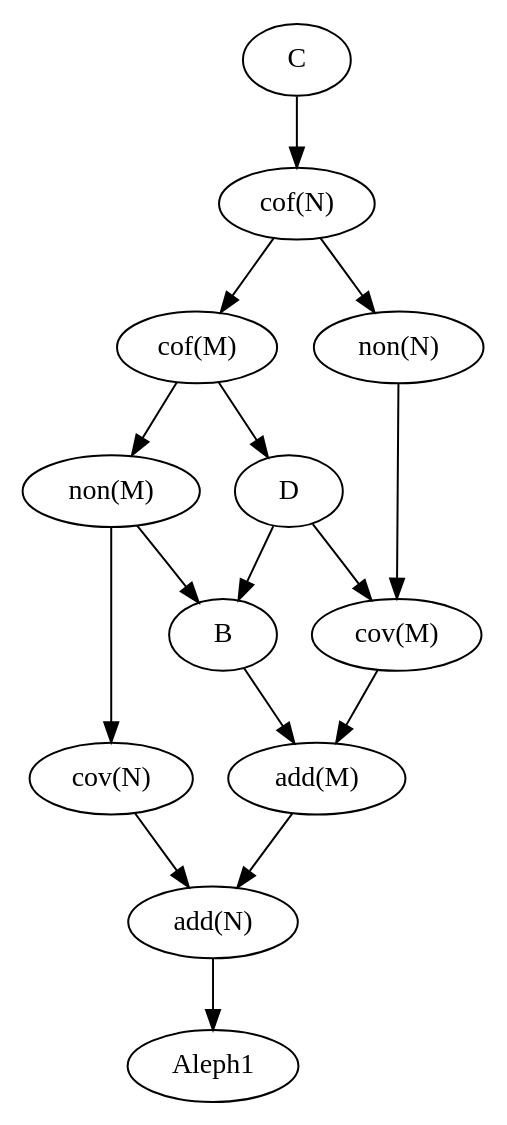
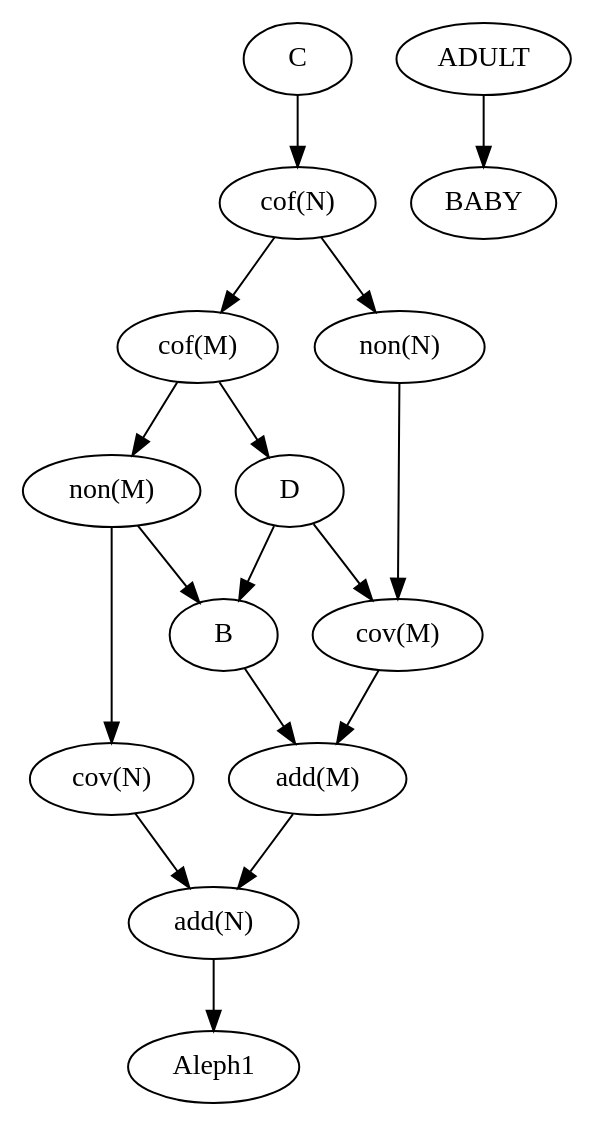
One commit to calliope1/CCview changed the diagram in CCview/output/relations.dot. Above: the diagram before and after it, drawn with Graphviz. The commit also changed 7 other files, not shown here.

```diff
--- a/CCview/output/relations.dot
+++ b/CCview/output/relations.dot
@@ -1,29 +1,32 @@
 digraph G {
 0 [label="C"];
 1 [label="cof(N)"];
 2 [label="cof(M)"];
 3 [label="non(N)"];
 4 [label="non(M)"];
 5 [label="D"];
 6 [label="cov(N)"];
 7 [label="B"];
 8 [label="cov(M)"];
 9 [label="add(M)"];
 10 [label="add(N)"];
 11 [label="Aleph1"];
+12 [label="ADULT"];
+13 [label="BABY"];
 0 -> 1;
 1 -> 2;
 1 -> 3;
 2 -> 4;
 2 -> 5;
 3 -> 8;
 4 -> 6;
 4 -> 7;
 5 -> 7;
 5 -> 8;
 6 -> 10;
 7 -> 9;
 8 -> 9;
 9 -> 10;
 10 -> 11;
+12 -> 13;
 }
```
